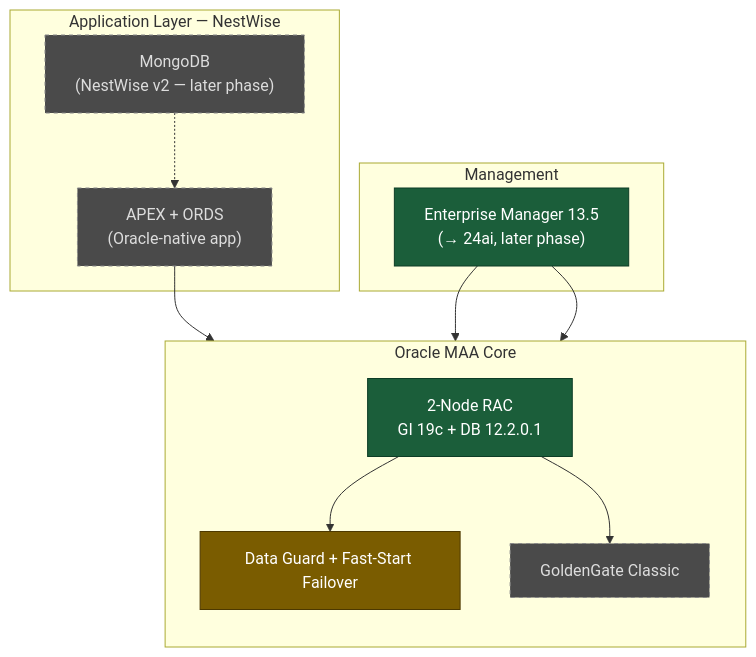
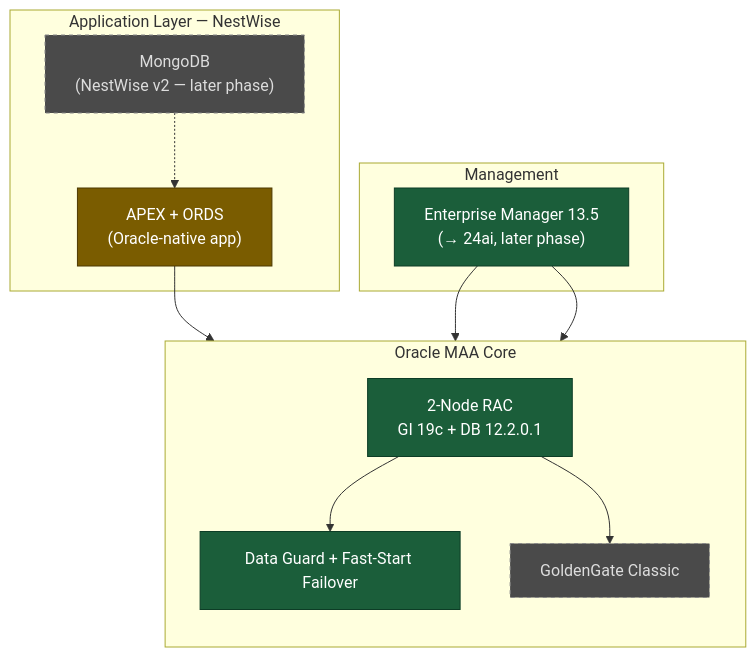
The diagram in README.md (linkdapp/NestWise), drawn with Mermaid before and after one commit. The commit also changed other lines of this file and 2 other files, not shown here.

Commit message:
Update README status table/diagram

````diff
--- a/README.md
+++ b/README.md
@@ -39,32 +41,32 @@
 ```mermaid
 flowchart TB
     subgraph APP["Application Layer — NestWise"]
         APEX["APEX + ORDS<br/>(Oracle-native app)"]
         MONGO["MongoDB<br/>(NestWise v2 — later phase)"]
     end
 
     subgraph CORE["Oracle MAA Core"]
         direction TB
         RAC["2-Node RAC<br/>GI 19c + DB 12.2.0.1"]
         DG["Data Guard + Fast-Start Failover"]
         GG["GoldenGate Classic"]
     end
 
     subgraph MGMT["Management"]
         OEM["Enterprise Manager 13.5<br/>(→ 24ai, later phase)"]
     end
 
     APEX --> RAC
     RAC --> DG
     RAC --> GG
     MONGO -.-> APEX
     OEM --> RAC
     OEM --> DG
 
     classDef built fill:#1b5e3a,stroke:#0d3d26,color:#ffffff
     classDef next fill:#7a5c00,stroke:#4d3900,color:#ffffff
     classDef planned fill:#4a4a4a,stroke:#888888,color:#dddddd,stroke-dasharray: 4 4
-    class RAC,OEM built
-    class DG next
-    class APEX,MONGO,GG planned
+    class RAC,OEM,DG built
+    class APEX next
+    class MONGO,GG planned
 ```
````
